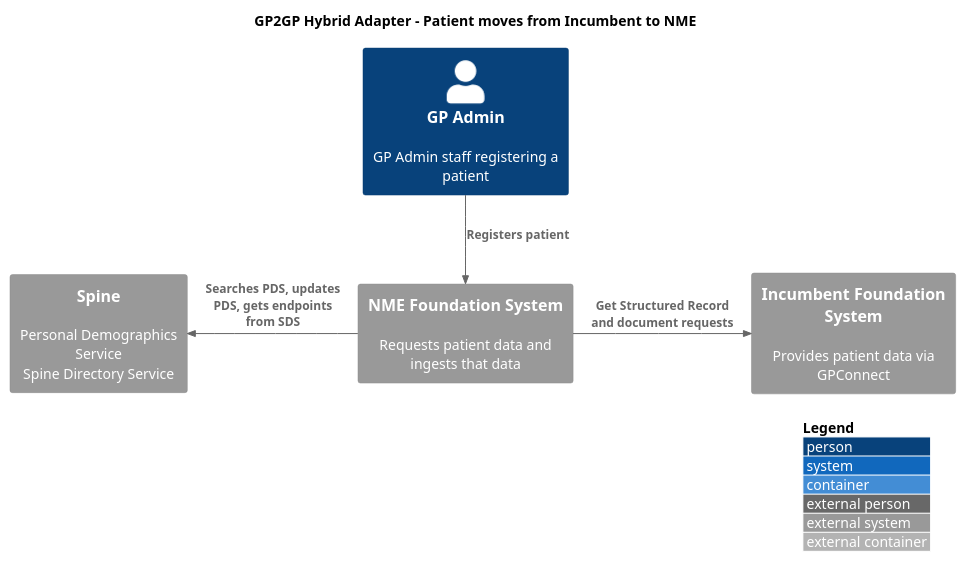
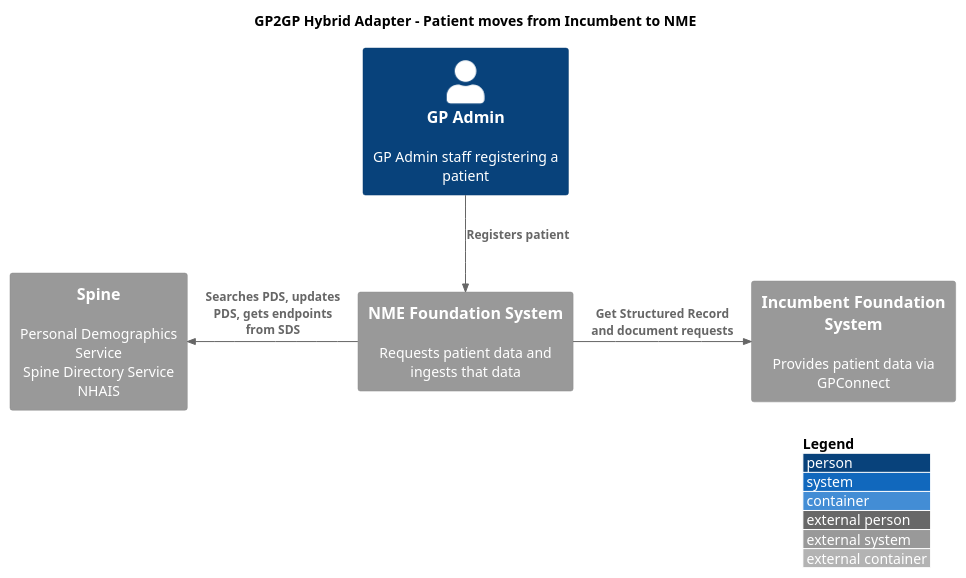
The diagram in architecture/system-context-incumbent-to-nme.puml (NHSDigital/integration-adaptor-gp2gp), drawn with PlantUML before and after one commit. The commit also changed 3 other files, not shown here.

Commit message:
Sequence diagrams

```diff
--- a/architecture/system-context-incumbent-to-nme.puml
+++ b/architecture/system-context-incumbent-to-nme.puml
@@ -1,19 +1,19 @@
 @startuml 
 !includeurl https://raw.githubusercontent.com/RicardoNiepel/C4-PlantUML/release/1-0/C4_Container.puml
 
 title GP2GP Hybrid Adapter - Patient moves from Incumbent to NME
 
 LAYOUT_WITH_LEGEND()
 
 Person(gp, "GP Admin", "GP Admin staff registering a patient")
 System_Ext(requestor, "Incumbent Foundation System", "Provides patient data via GPConnect")
 
-System_Ext(spine, "Spine", "Personal Demographics Service\nSpine Directory Service")
+System_Ext(spine, "Spine", "Personal Demographics Service\nSpine Directory Service\nNHAIS")
 
 System_Ext(sendersSystem, "NME Foundation System", "Requests patient data and ingests that data")
 
 Rel(gp, sendersSystem, "Registers patient")
 Rel_L(sendersSystem, spine, "Searches PDS, updates PDS, gets endpoints from SDS")
 Rel_R(sendersSystem, requestor, "Get Structured Record and document requests")
 
 @enduml
```
